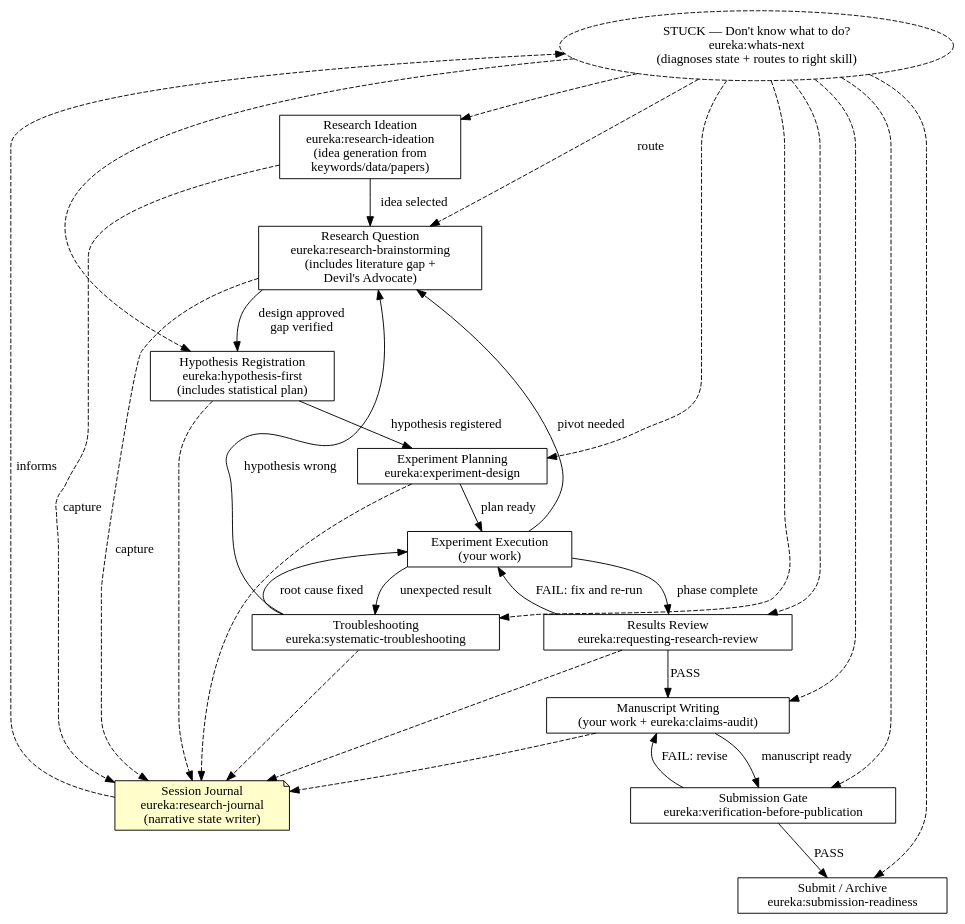
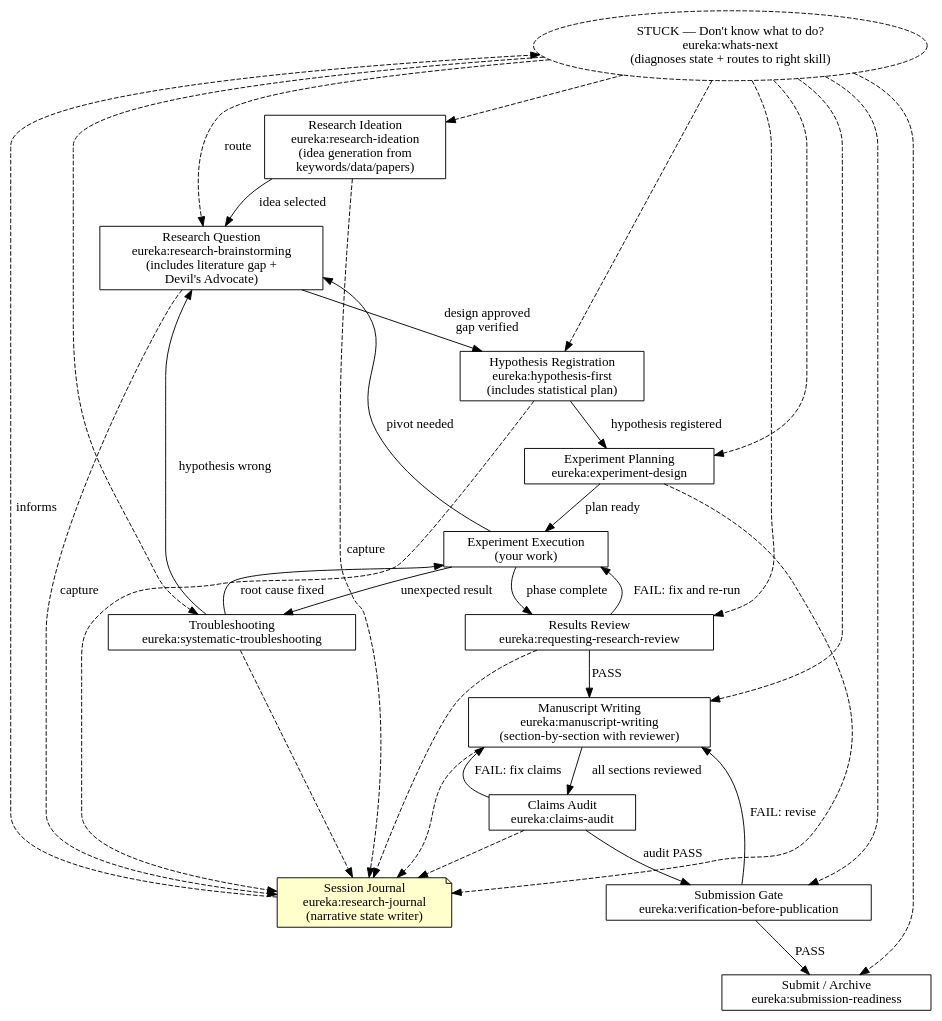
The second of 2 diagrams in skills/using-eureka/SKILL.md (jeonnoin-alt/Eureka), drawn with Graphviz before and after one commit. The commit also changed other lines of this file and 10 other files, not shown here.

First line of the commit message:
feat: v1.3.0 — manuscript-writing skill + section-reviewer

````diff
--- a/skills/using-eureka/SKILL.md
+++ b/skills/using-eureka/SKILL.md
@@ -94,53 +94,57 @@
 ```dot
 digraph research_lifecycle {
     rankdir=TB;
     node [shape=box];
 
     stuck [label="STUCK — Don't know what to do?\neureka:whats-next\n(diagnoses state + routes to right skill)", shape=ellipse, style=dashed];
     journal [label="Session Journal\neureka:research-journal\n(narrative state writer)", shape=note, style=filled, fillcolor="#ffffcc"];
     rq [label="Research Question\neureka:research-brainstorming\n(includes literature gap +\nDevil's Advocate)"];
     hr [label="Hypothesis Registration\neureka:hypothesis-first\n(includes statistical plan)"];
     plan [label="Experiment Planning\neureka:experiment-design"];
     exp [label="Experiment Execution\n(your work)"];
     trouble [label="Troubleshooting\neureka:systematic-troubleshooting"];
     rev [label="Results Review\neureka:requesting-research-review"];
-    write [label="Manuscript Writing\n(your work + eureka:claims-audit)"];
+    write [label="Manuscript Writing\neureka:manuscript-writing\n(section-by-section with reviewer)"];
+    audit [label="Claims Audit\neureka:claims-audit"];
     pub [label="Submission Gate\neureka:verification-before-publication"];
     submit [label="Submit / Archive\neureka:submission-readiness"];
     ideation [label="Research Ideation\neureka:research-ideation\n(idea generation from\nkeywords/data/papers)"];
 
     ideation -> rq [label="idea selected"];
     rq -> hr [label="design approved\ngap verified"];
     hr -> plan [label="hypothesis registered"];
     plan -> exp [label="plan ready"];
     exp -> trouble [label="unexpected result"];
     trouble -> exp [label="root cause fixed"];
     trouble -> rq [label="hypothesis wrong"];
     exp -> rev [label="phase complete"];
     rev -> exp [label="FAIL: fix and re-run"];
     rev -> write [label="PASS"];
-    write -> pub [label="manuscript ready"];
+    write -> audit [label="all sections reviewed"];
+    audit -> pub [label="audit PASS"];
     pub -> write [label="FAIL: revise"];
+    audit -> write [label="FAIL: fix claims"];
     pub -> submit [label="PASS"];
     exp -> rq [label="pivot needed"];
 
     stuck -> rq [style=dashed, label="route"];
     stuck -> hr [style=dashed];
     stuck -> plan [style=dashed];
     stuck -> trouble [style=dashed];
     stuck -> rev [style=dashed];
     stuck -> write [style=dashed];
     stuck -> pub [style=dashed];
     stuck -> submit [style=dashed];
     stuck -> ideation [style=dashed];
 
     ideation -> journal [style=dashed, label="capture"];
     rq -> journal [style=dashed, label="capture"];
     hr -> journal [style=dashed];
     plan -> journal [style=dashed];
     trouble -> journal [style=dashed];
     rev -> journal [style=dashed];
     write -> journal [style=dashed];
+    audit -> journal [style=dashed];
     journal -> stuck [style=dashed, label="informs"];
 }
 ```
````
